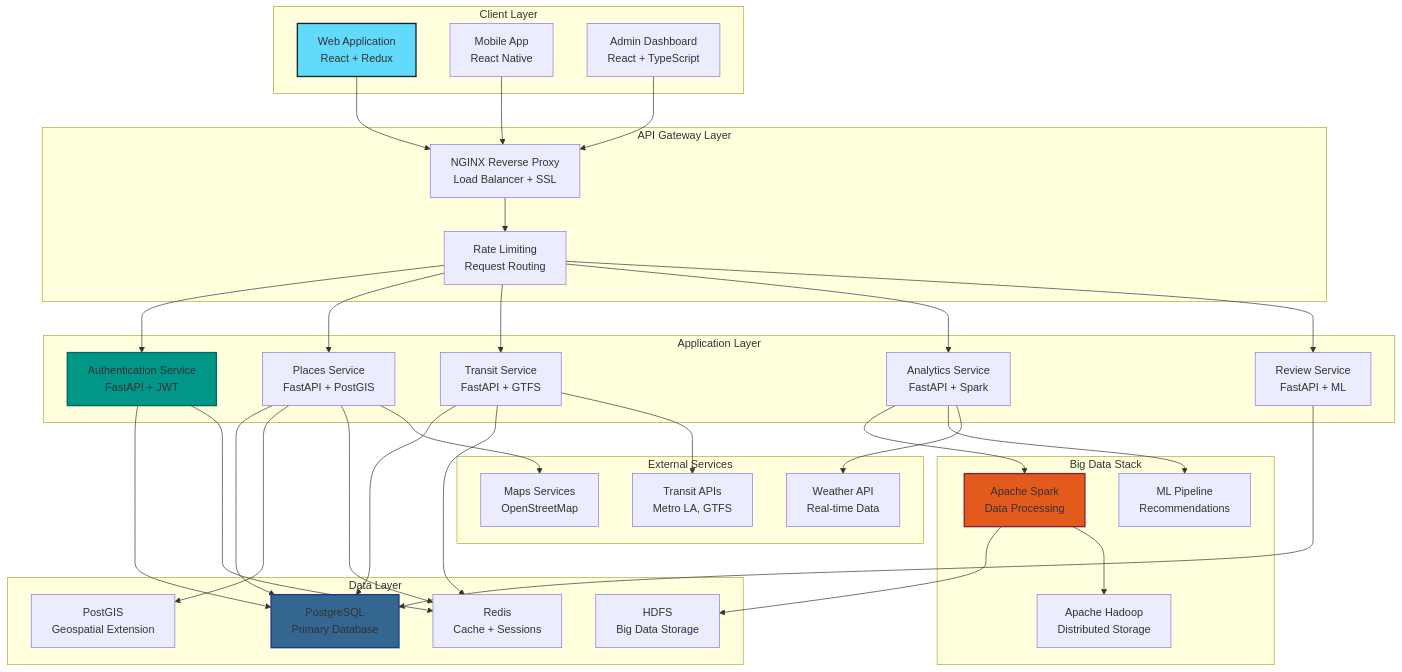
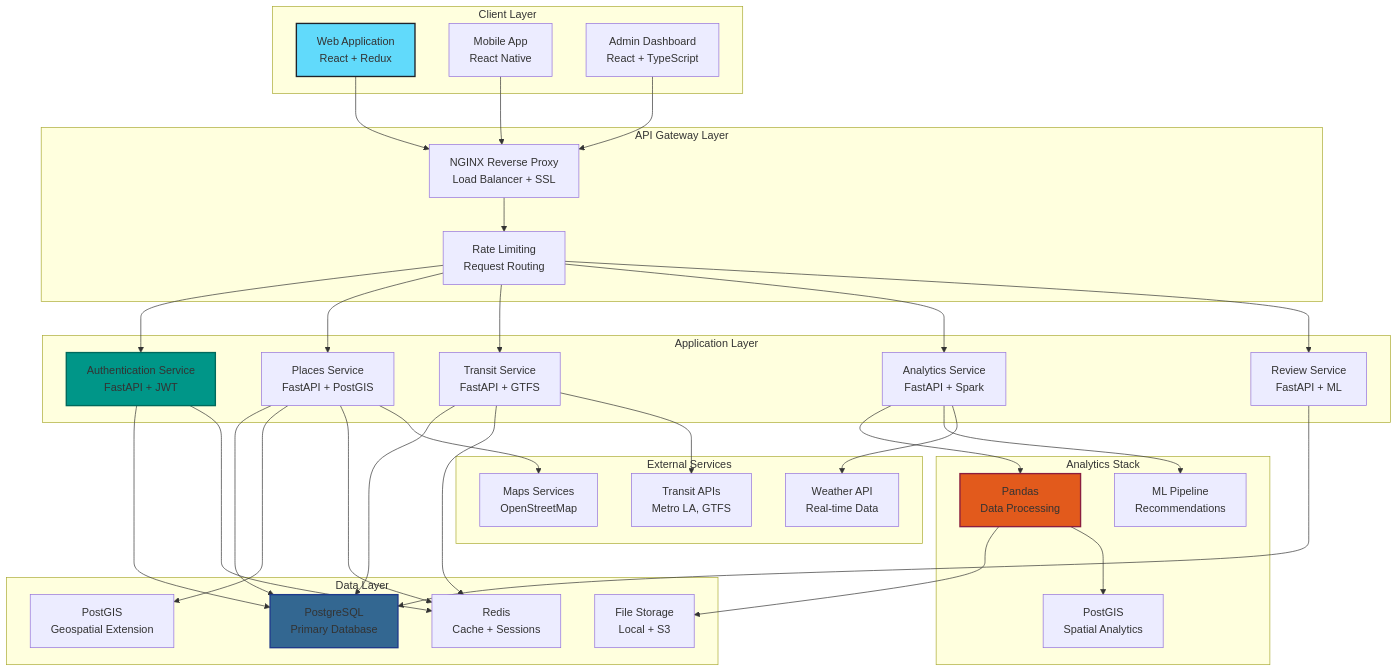
The diagram in docs/ARCHITECTURE.md (Aditya-gam/Navigate-LA-28), drawn with Mermaid before and after one commit. The commit also changed other lines of this file and 47 other files, not shown here.

First line of the commit message:
feat: Remove big data stack and simplify architecture to single VM with Docker Compose

````diff
--- a/docs/ARCHITECTURE.md
+++ b/docs/ARCHITECTURE.md
@@ -41,74 +41,74 @@
 ```mermaid
 graph TB
     subgraph "Client Layer"
         A[Web Application<br/>React + Redux]
         B[Mobile App<br/>React Native]
         C[Admin Dashboard<br/>React + TypeScript]
     end
     
     subgraph "API Gateway Layer"
         D[NGINX Reverse Proxy<br/>Load Balancer + SSL]
         E[Rate Limiting<br/>Request Routing]
     end
     
     subgraph "Application Layer"
         F[Authentication Service<br/>FastAPI + JWT]
         G[Places Service<br/>FastAPI + PostGIS]
         H[Transit Service<br/>FastAPI + GTFS]
         I[Analytics Service<br/>FastAPI + Spark]
         J[Review Service<br/>FastAPI + ML]
     end
     
     subgraph "Data Layer"
         K[PostgreSQL<br/>Primary Database]
         L[PostGIS<br/>Geospatial Extension]
         M[Redis<br/>Cache + Sessions]
-        N[HDFS<br/>Big Data Storage]
+        N[File Storage<br/>Local + S3]
     end
     
-    subgraph "Big Data Stack"
-        O[Apache Spark<br/>Data Processing]
-        P[Apache Hadoop<br/>Distributed Storage]
+    subgraph "Analytics Stack"
+        O[Pandas<br/>Data Processing]
+        P[PostGIS<br/>Spatial Analytics]
         Q[ML Pipeline<br/>Recommendations]
     end
     
     subgraph "External Services"
         R[Transit APIs<br/>Metro LA, GTFS]
         S[Maps Services<br/>OpenStreetMap]
         T[Weather API<br/>Real-time Data]
     end
     
     A --> D
     B --> D
     C --> D
     D --> E
     E --> F
     E --> G
     E --> H
     E --> I
     E --> J
     
     F --> K
     G --> K
     G --> L
     H --> K
     I --> O
     J --> K
     
     F --> M
     G --> M
     H --> M
     
     O --> N
     O --> P
     I --> Q
     
     H --> R
     G --> S
     I --> T
     
     style A fill:#61DAFB,stroke:#20232a,stroke-width:2px
     style F fill:#009688,stroke:#00695C,stroke-width:2px
     style K fill:#336791,stroke:#1e3a8a,stroke-width:2px
     style O fill:#E25A1C,stroke:#8B1E3F,stroke-width:2px
 ```
````
